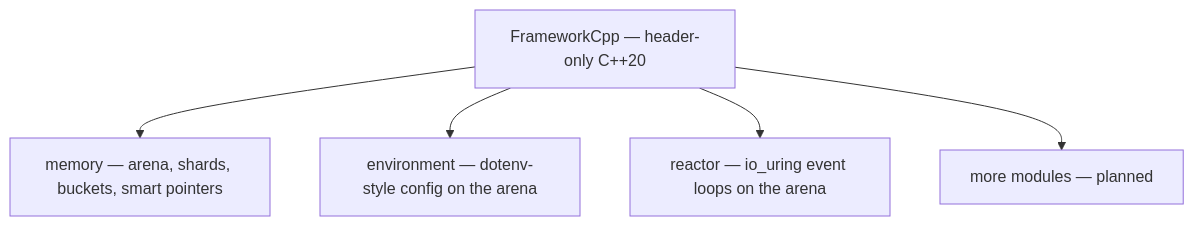
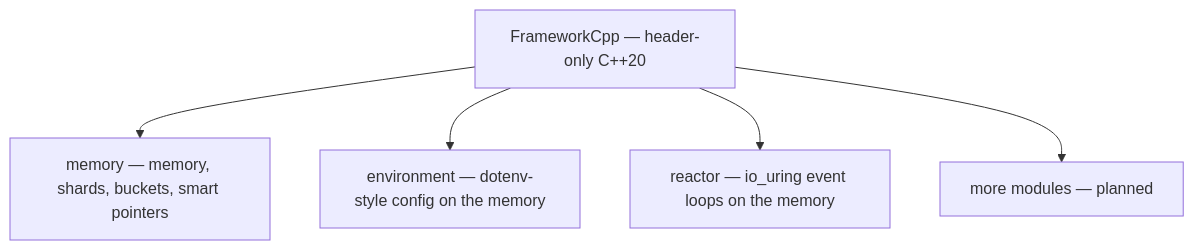
One commit to frameworkcpp/frameworkcpp changed the diagram in docs/getting-started.md. Above: the diagram before and after it, drawn with Mermaid. The commit also changed other lines of this file and 56 other files, not shown here.

First line of the commit message:
refactor(memory): rename arena module to memory

````diff
--- a/docs/getting-started.md
+++ b/docs/getting-started.md
@@ -14,7 +14,7 @@
 ```mermaid
 flowchart TD
-    fc["FrameworkCpp — header-only C++20"] --> mem["memory — arena, shards, buckets, smart pointers"]
-    fc --> env["environment — dotenv-style config on the arena"]
-    fc --> rea["reactor — io_uring event loops on the arena"]
+    fc["FrameworkCpp — header-only C++20"] --> mem["memory — memory, shards, buckets, smart pointers"]
+    fc --> env["environment — dotenv-style config on the memory"]
+    fc --> rea["reactor — io_uring event loops on the memory"]
     fc --> more["more modules — planned"]
 ```
````
